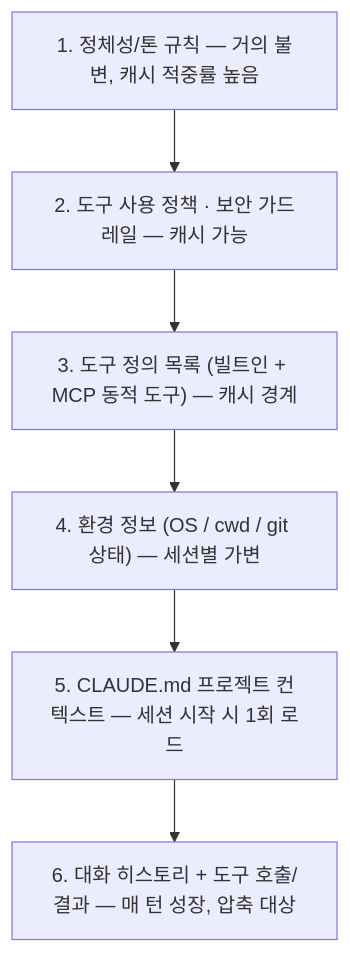
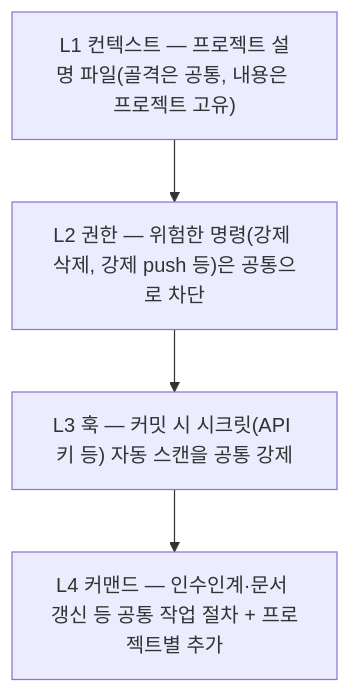
One commit to 21-Arbiter/Tech_Storage changed the second of 3 diagrams in 기술동향/2026-07-21-claude-code-harness.md. Above: the diagram before and after it, drawn with Mermaid. The commit also changed other lines of this file, not shown here.

Commit message:
기술동향: Claude 특정 내용에서 하네스 엔지니어링 일반 개념으로 재구성, 팀 실전 사례 추가

````diff
--- a/기술동향/2026-07-21-claude-code-harness.md
+++ b/기술동향/2026-07-21-claude-code-harness.md
@@ -50,10 +69,8 @@
 ```mermaid
 flowchart TB
-    L1["1. 정체성/톤 규칙 — 거의 불변, 캐시 적중률 높음"]
-    L2["2. 도구 사용 정책 · 보안 가드레일 — 캐시 가능"]
-    L3["3. 도구 정의 목록 (빌트인 + MCP 동적 도구) — 캐시 경계"]
-    L4["4. 환경 정보 (OS / cwd / git 상태) — 세션별 가변"]
-    L5["5. CLAUDE.md 프로젝트 컨텍스트 — 세션 시작 시 1회 로드"]
-    L6["6. 대화 히스토리 + 도구 호출/결과 — 매 턴 성장, 압축 대상"]
-    L1 --> L2 --> L3 --> L4 --> L5 --> L6
+    L1["L1 컨텍스트 — 프로젝트 설명 파일(골격은 공통, 내용은 프로젝트 고유)"]
+    L2["L2 권한 — 위험한 명령(강제 삭제, 강제 push 등)은 공통으로 차단"]
+    L3["L3 훅 — 커밋 시 시크릿(API 키 등) 자동 스캔을 공통 강제"]
+    L4["L4 커맨드 — 인수인계·문서 갱신 등 공통 작업 절차 + 프로젝트별 추가"]
+    L1 --> L2 --> L3 --> L4
 ```
````
